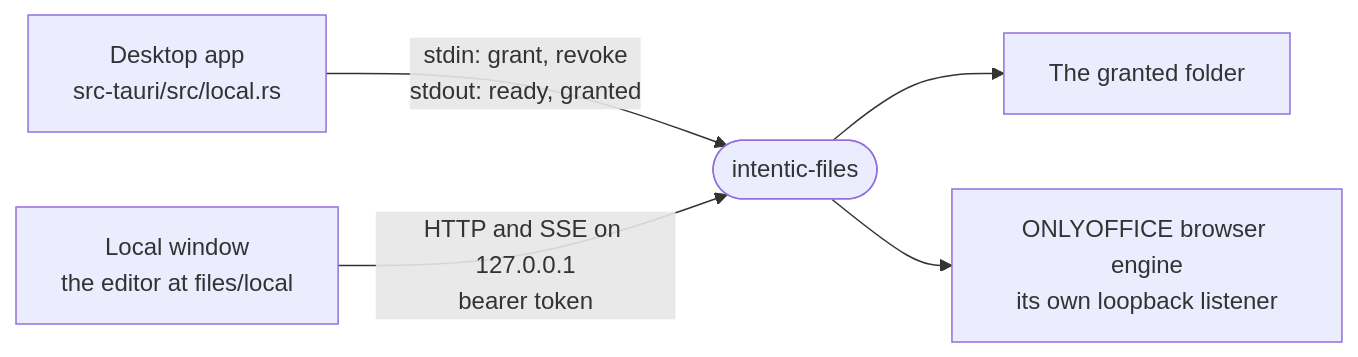
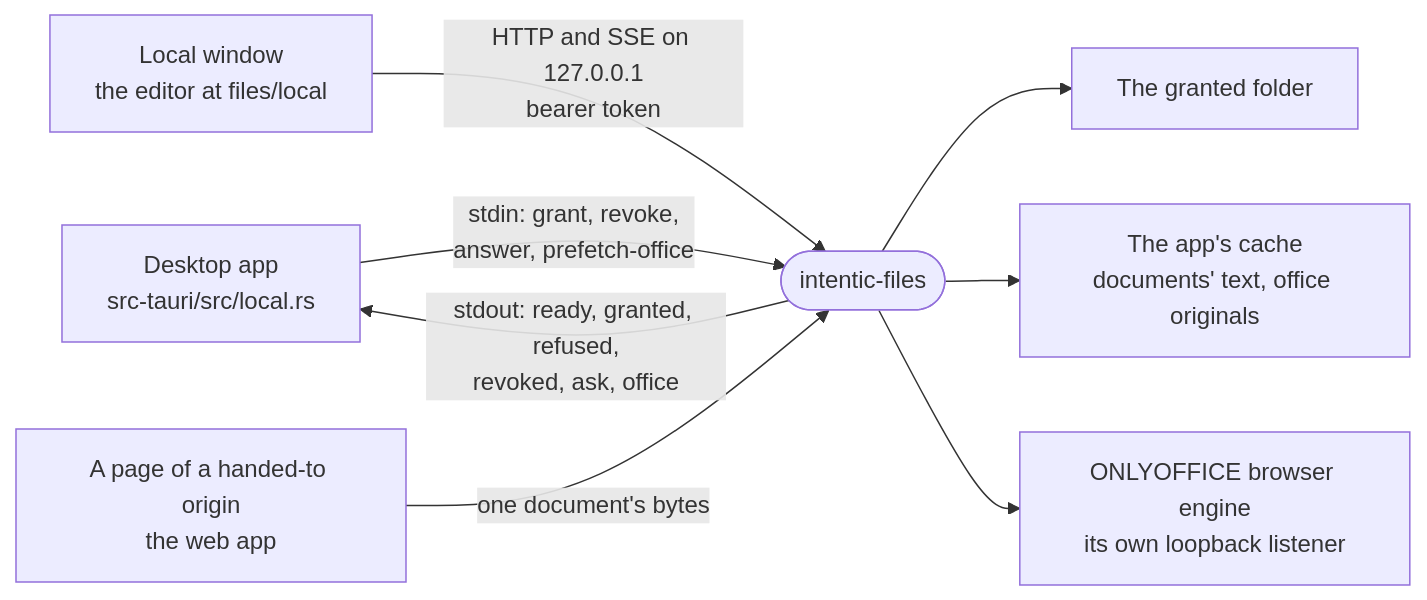
The diagram in _devices/local-files/README.md (intentic/intentic), drawn with Mermaid before and after one commit. The commit also changed other lines of this file and 211 other files, not shown here.

First line of the commit message:
feat(desktop): add LocalHome project management and local file workflows

````diff
--- a/_devices/local-files/README.md
+++ b/_devices/local-files/README.md
@@ -5,7 +5,10 @@
 ```mermaid
 flowchart LR
-    app["Desktop app<br/>src-tauri/src/local.rs"] -->|"stdin: grant, revoke<br/>stdout: ready, granted"| files(["intentic-files"])
+    app["Desktop app<br/>src-tauri/src/local.rs"] -->|"stdin: grant, revoke,<br/>answer, prefetch-office"| files(["intentic-files"])
+    files -->|"stdout: ready, granted, refused,<br/>revoked, ask, office"| app
     window["Local window<br/>the editor at files/local"] -->|"HTTP and SSE on 127.0.0.1<br/>bearer token"| files
+    web["A page of a handed-to origin<br/>the web app"] -->|"one document's bytes"| files
     files --> disk["The granted folder"]
+    files --> cache["The app's cache<br/>documents' text, office originals"]
     files --> office["ONLYOFFICE browser engine<br/>its own loopback listener"]
 ```
````
